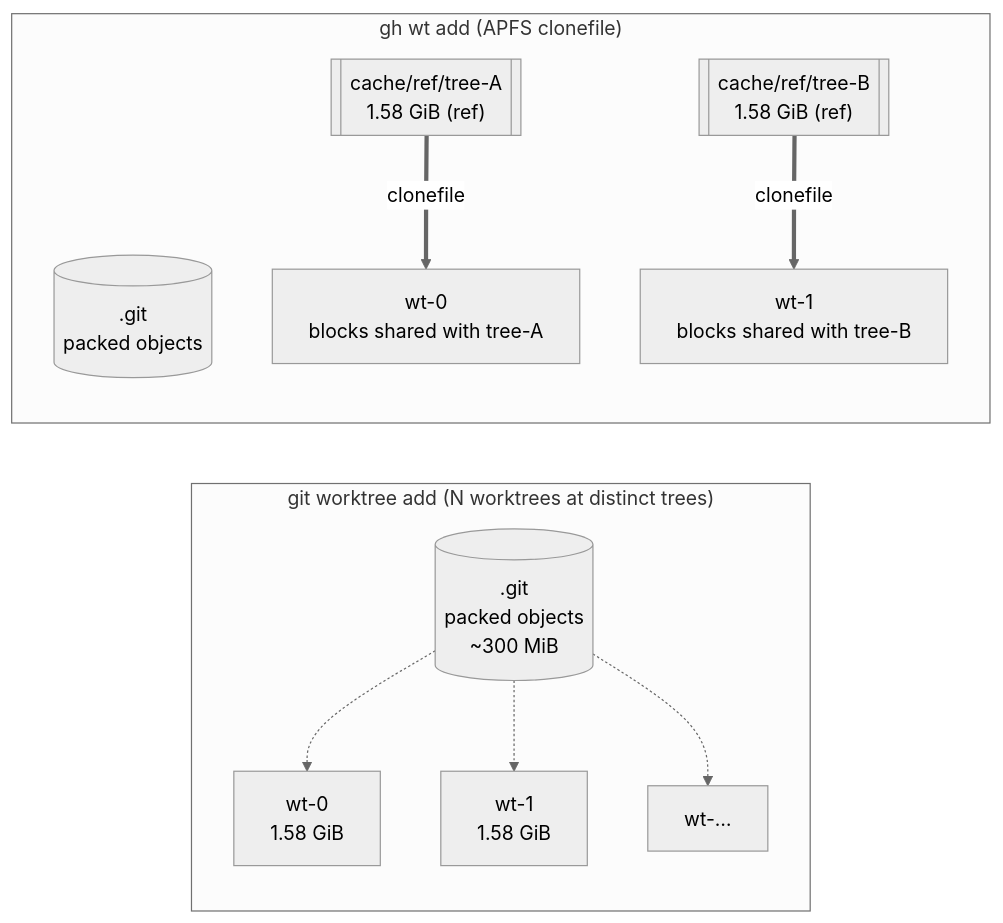
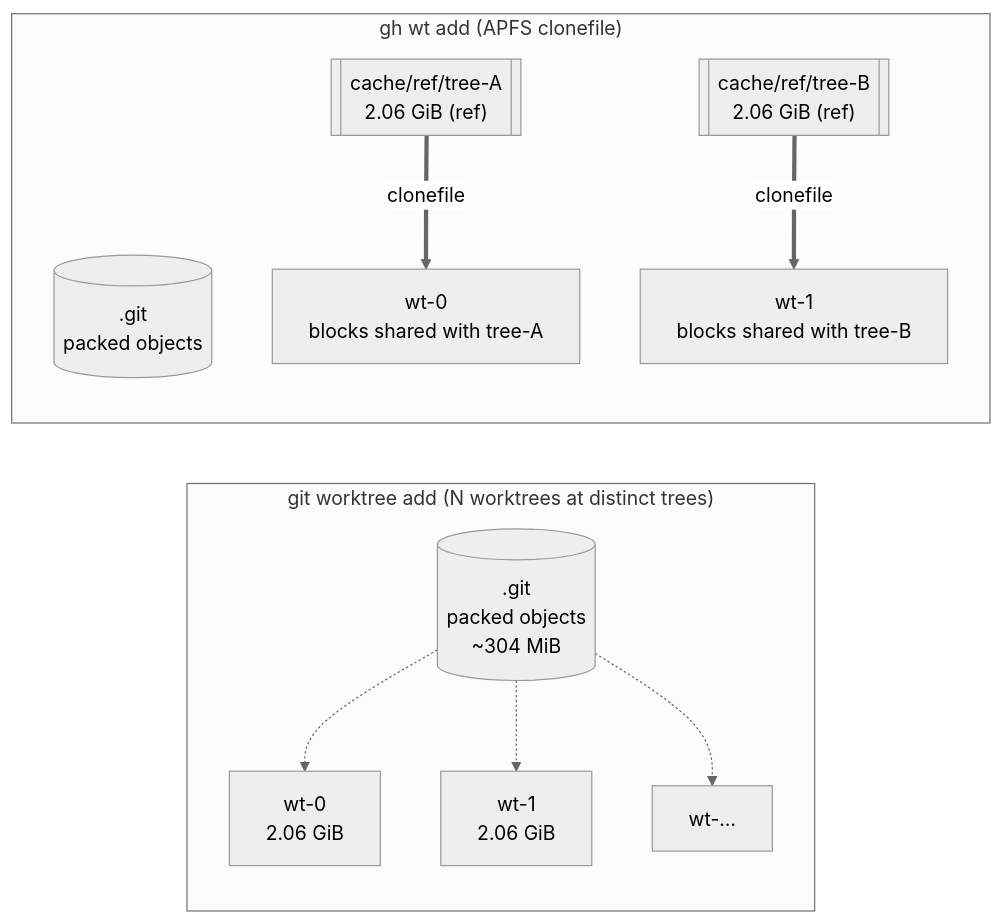
Before and after one commit to HikaruEgashira/gh-wt: the diagram in docs/benchmark.md, drawn with Mermaid (neutral theme). The commit also changed other lines of this file and 9 other files, not shown here.

````diff
--- a/docs/benchmark.md
+++ b/docs/benchmark.md
@@ -208,21 +211,21 @@
 ```mermaid
 flowchart LR
   subgraph Baseline["git worktree add (N worktrees at distinct trees)"]
-    B0[(".git<br/>packed objects<br/>~300 MiB")]
-    B1["wt-0<br/>1.58 GiB"]
-    B2["wt-1<br/>1.58 GiB"]
+    B0[(".git<br/>packed objects<br/>~304 MiB")]
+    B1["wt-0<br/>2.06 GiB"]
+    B2["wt-1<br/>2.06 GiB"]
     B3["wt-…"]
     B0 -.-> B1
     B0 -.-> B2
     B0 -.-> B3
   end
   subgraph Ghwt["gh wt add (APFS clonefile)"]
     G0[(".git<br/>packed objects")]
-    C0[["cache/ref/tree-A<br/>1.58 GiB (ref)"]]
-    C1[["cache/ref/tree-B<br/>1.58 GiB (ref)"]]
+    C0[["cache/ref/tree-A<br/>2.06 GiB (ref)"]]
+    C1[["cache/ref/tree-B<br/>2.06 GiB (ref)"]]
     W0["wt-0<br/>blocks shared with tree-A"]
     W1["wt-1<br/>blocks shared with tree-B"]
     C0 == clonefile ==> W0
     C1 == clonefile ==> W1
   end
 ```
````
